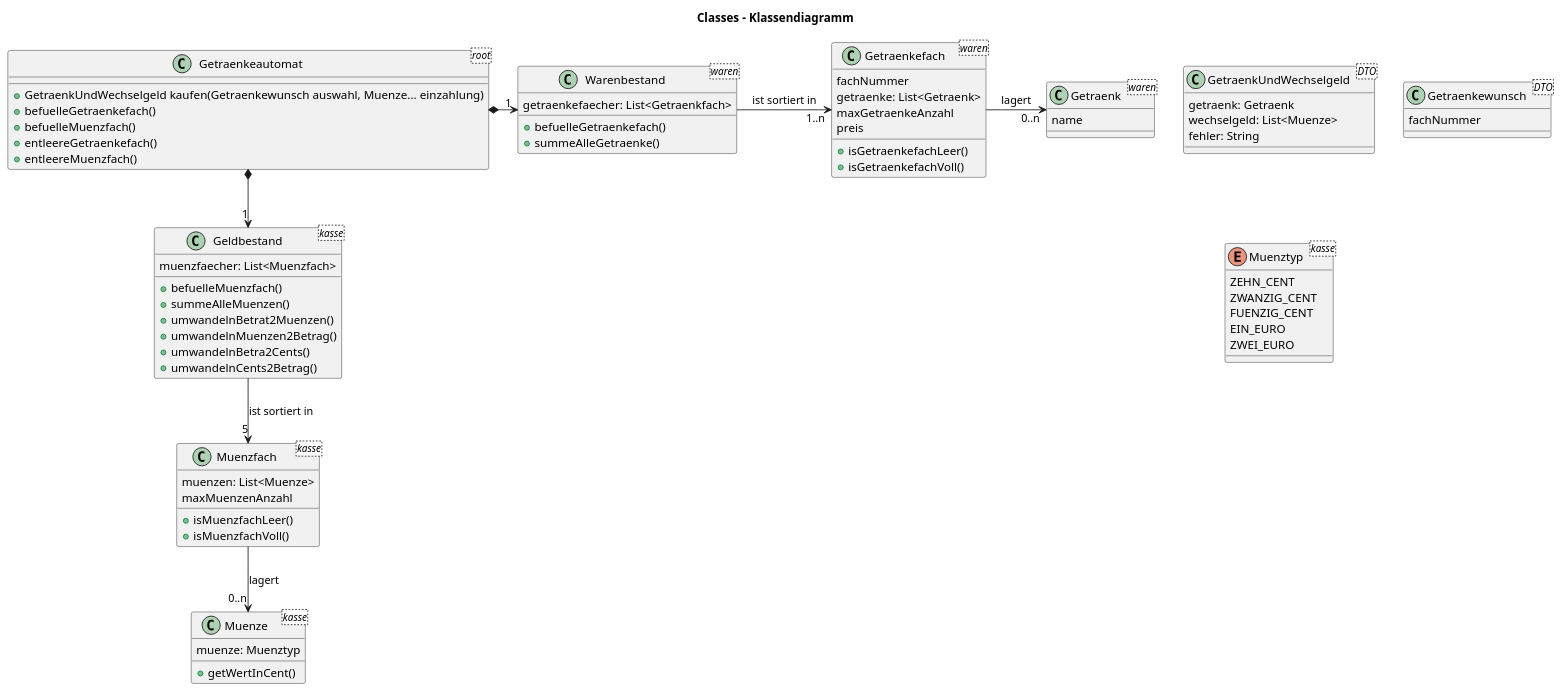
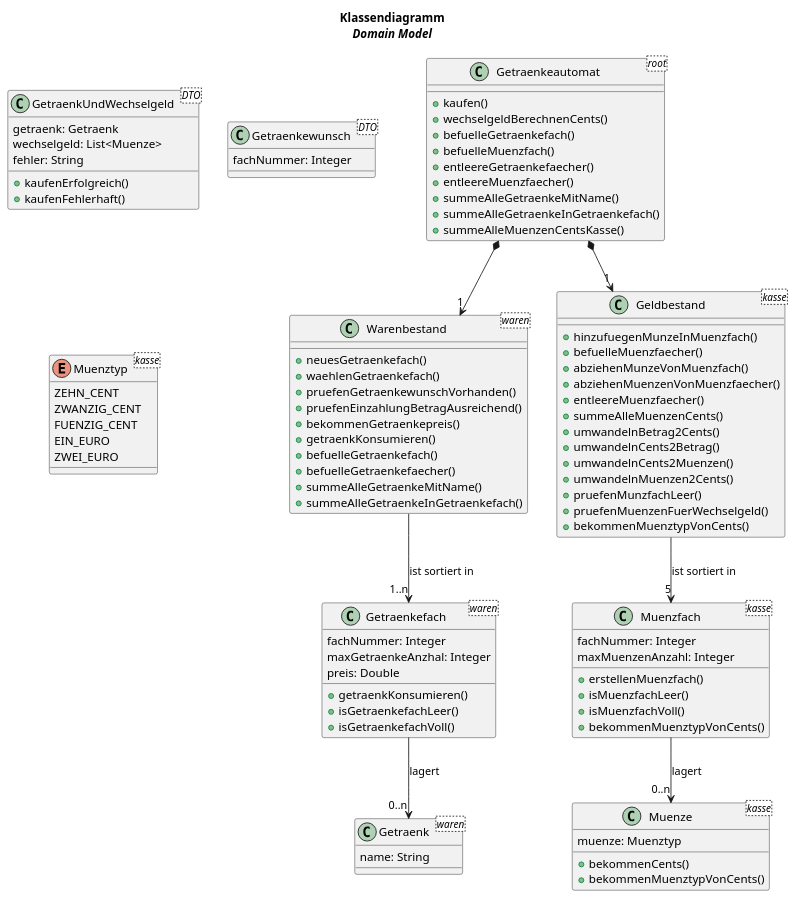
One commit to robertodefreitas/Getraenkeautomat.2022-02-09 changed the diagram in uml-Klassendiagramm.puml. Above: the diagram before and after it, drawn with PlantUML. The commit also changed 4 other files, not shown here.

Commit message:
einige Methode aktualisiert und UML diagramme erstellt

```diff
--- a/uml-Klassendiagramm.puml
+++ b/uml-Klassendiagramm.puml
@@ -1,103 +1,140 @@
 @startuml
 'https://plantuml.com/class-diagram
-title Classes - Klassendiagramm
+
+title
+ Klassendiagramm
+ <i>Domain Model</i>
+end title
 
 class Getraenkeautomat <root> {
-+GetraenkUndWechselgeld kaufen(Getraenkewunsch auswahl, Muenze... einzahlung)
-'+befuelleAutomat()
+'beide werden im Klassendiagramm nicht geschrieben, weil die 1.. beziehung das schon zeigt
+'also, es ist klar dass die vorhanden sind
+'warenbestand
+'geldbestand
+'+GetraenkUndWechselgeld kaufen(Getraenkewunsch auswahl, Muenze... einzahlung)
++kaufen()
++wechselgeldBerechnenCents()
 +befuelleGetraenkefach()
 +befuelleMuenzfach()
-'+entleereAutomat()
-+entleereGetraenkefach()
-+entleereMuenzfach()
++entleereGetraenkefaecher()
++entleereMuenzfaecher()
++summeAlleGetraenkeMitName()
++summeAlleGetraenkeInGetraenkefach()
++summeAlleMuenzenCentsKasse()
 }
 
 
 'WAREN
 
 class Warenbestand <waren> {
-getraenkefaecher: List<Getraenkfach>
+'getraenkefaecher: List<Getraenkefach>
++neuesGetraenkefach()
++waehlenGetraenkefach()
++pruefenGetraenkewunschVorhanden()
++pruefenEinzahlungBetragAusreichend()
++bekommenGetraenkepreis()
++getraenkKonsumieren()
 +befuelleGetraenkefach()
-+summeAlleGetraenke()
++befuelleGetraenkefaecher()
++summeAlleGetraenkeMitName()
++summeAlleGetraenkeInGetraenkefach()
 }
 
 class Getraenkefach <waren> {
-fachNummer
-getraenke: List<Getraenk>
-maxGetraenkeAnzahl
-preis
+fachNummer: Integer
+'getraenke: List<Getraenk>
+maxGetraenkeAnzhal: Integer
+preis: Double
++getraenkKonsumieren()
 +isGetraenkefachLeer()
 +isGetraenkefachVoll()
 }
 
 class Getraenk <waren> {
-name
+name: String
 }
 
 
 'KASSE
 
 class Geldbestand <kasse> {
-muenzfaecher: List<Muenzfach>
-+befuelleMuenzfach()
-+summeAlleMuenzen()
-+umwandelnBetrat2Muenzen()
-+umwandelnMuenzen2Betrag()
-+umwandelnBetra2Cents()
+'muenzfaecher: List<Muenzfach>
++hinzufuegenMunzeInMuenzfach()
++befuelleMuenzfaecher()
++abziehenMunzeVonMuenzfach()
++abziehenMuenzenVonMuenzfaecher()
++entleereMuenzfaecher()
++summeAlleMuenzenCents()
++umwandelnBetrag2Cents()
 +umwandelnCents2Betrag()
++umwandelnCents2Muenzen()
++umwandelnMuenzen2Cents()
++pruefenMunzfachLeer()
++pruefenMuenzenFuerWechselgeld()
++bekommenMuenztypVonCents()
 }
 
 class Muenzfach <kasse> {
-muenzen: List<Muenze>
-maxMuenzenAnzahl
+fachNummer: Integer
+'muenzen: List<Muenze>
+maxMuenzenAnzahl: Integer
++erstellenMuenzfach()
 +isMuenzfachLeer()
 +isMuenzfachVoll()
++bekommenMuenztypVonCents()
 }
 
 class Muenze <kasse> {
 muenze: Muenztyp
-+getWertInCent()
++bekommenCents()
++bekommenMuenztypVonCents()
 }
 
 
 'OHNE_BEZIEHUNG
 
 class GetraenkUndWechselgeld <DTO> {
 getraenk: Getraenk
 wechselgeld: List<Muenze>
 fehler: String
++kaufenErfolgreich()
++kaufenFehlerhaft()
 }
 
 class Getraenkewunsch <DTO> {
-fachNummer
+fachNummer: Integer
 }
 
 enum Muenztyp <kasse> {
 ZEHN_CENT
 ZWANZIG_CENT
 FUENZIG_CENT
 EIN_EURO
 ZWEI_EURO
 }
 
 
 'BEZIEHUNGEN
 'https://info-wsf.de/assoziation-aggregation-und-komposition/
 'https://www.geeksforgeeks.org/association-composition-aggregation-java/
 'Komposition
 'Class --* Composition
 'Aggregation
 'Class --o Aggregation
 'Assoziation
 'Class --> Association
 'Class --|> Extension
 
-Getraenkeautomat *-> "1" Warenbestand
-Warenbestand -> "1..n" Getraenkefach : ist sortiert in
-Getraenkefach -> "0..n" Getraenk : lagert
+'-down->
+'-right->
+'-left->
+'-up->
+Getraenkeautomat *-down-> "1" Warenbestand
+Warenbestand -down-> "1..n" Getraenkefach : ist sortiert in
+Getraenkefach -down-> "0..n" Getraenk : lagert
 
-Getraenkeautomat *--> "1" Geldbestand
-Geldbestand --> "5" Muenzfach : ist sortiert in
-Muenzfach --> "0..n" Muenze : lagert
+Getraenkeautomat *-down-> "1" Geldbestand
+Geldbestand -down-> "5" Muenzfach : ist sortiert in
+Muenzfach -down-> "0..n" Muenze : lagert
 
 @enduml
```
